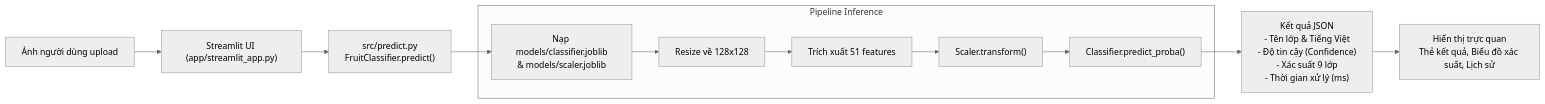
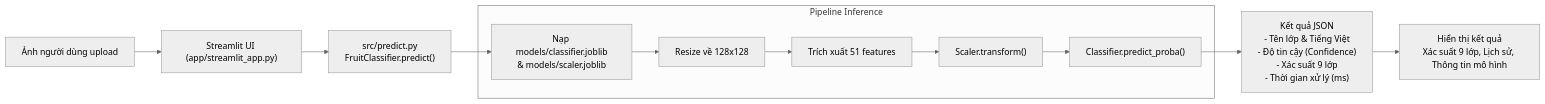
The second of 2 diagrams in context/architecture.md (trantienvn/fruit-classification), drawn with Mermaid (neutral theme) before and after one commit. The commit also changed other lines of this file and 8 other files, not shown here.

````diff
--- a/context/architecture.md
+++ b/context/architecture.md
@@ -87,18 +87,18 @@
 ```mermaid
 flowchart LR
     UserImage["Ảnh người dùng upload"] --> Streamlit["Streamlit UI (app/streamlit_app.py)"]
     Streamlit --> PredictEngine["src/predict.py<br/>FruitClassifier.predict()"]
     
     subgraph InferencePipeline ["Pipeline Inference"]
         LoadArt["Nạp models/classifier.joblib<br/>& models/scaler.joblib"]
         Resize["Resize về 128x128"]
         Extract["Trích xuất 51 features"]
         Scale["Scaler.transform()"]
         Predict["Classifier.predict_proba()"]
     end
     
     PredictEngine --> LoadArt
     LoadArt --> Resize --> Extract --> Scale --> Predict
     Predict --> ResultJSON["Kết quả JSON<br/>- Tên lớp & Tiếng Việt<br/>- Độ tin cậy (Confidence)<br/>- Xác suất 9 lớp<br/>- Thời gian xử lý (ms)"]
-    ResultJSON --> StreamlitView["Hiển thị trực quan<br/>Thẻ kết quả, Biểu đồ xác suất, Lịch sử"]
+    ResultJSON --> StreamlitView["Hiển thị kết quả<br/>Xác suất 9 lớp, Lịch sử, Thông tin mô hình"]
 ```
````
